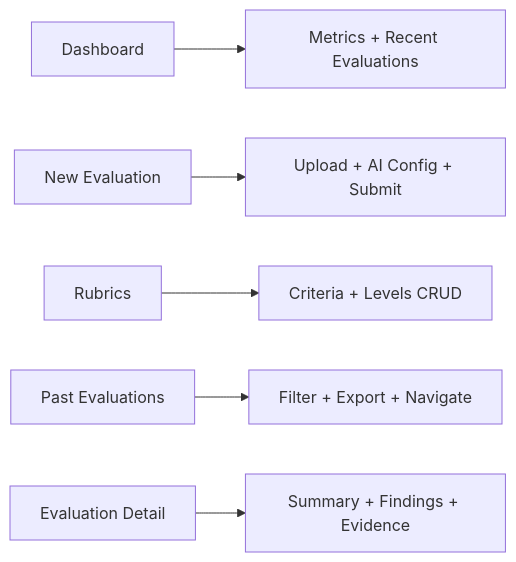
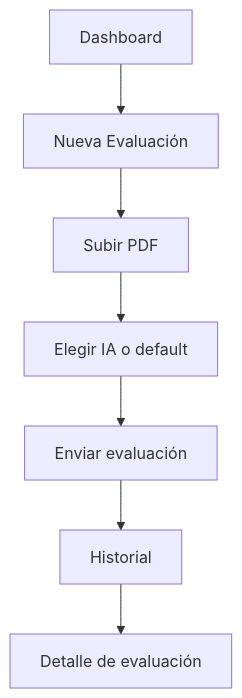
Before and after one commit to Bootcamp-IA-P5/ai-repo-evaluator: the third of 4 diagrams in frontend/README.md, drawn with Mermaid. The commit also changed other lines of this file, not shown here.

````diff
--- a/frontend/README.md
+++ b/frontend/README.md
@@ -213,8 +131,9 @@
 ```mermaid
-flowchart LR
-  D[Dashboard] --> M[Metrics + Recent Evaluations]
-  N[New Evaluation] --> U[Upload + AI Config + Submit]
-  R[Rubrics] --> C[Criteria + Levels CRUD]
-  P[Past Evaluations] --> F[Filter + Export + Navigate]
-  E[Evaluation Detail] --> S[Summary + Findings + Evidence]
+flowchart TD
+  A[Dashboard] --> B[Nueva Evaluación]
+  B --> C[Subir PDF]
+  C --> D[Elegir IA o default]
+  D --> E[Enviar evaluación]
+  E --> F[Historial]
+  F --> G[Detalle de evaluación]
 ```
````
